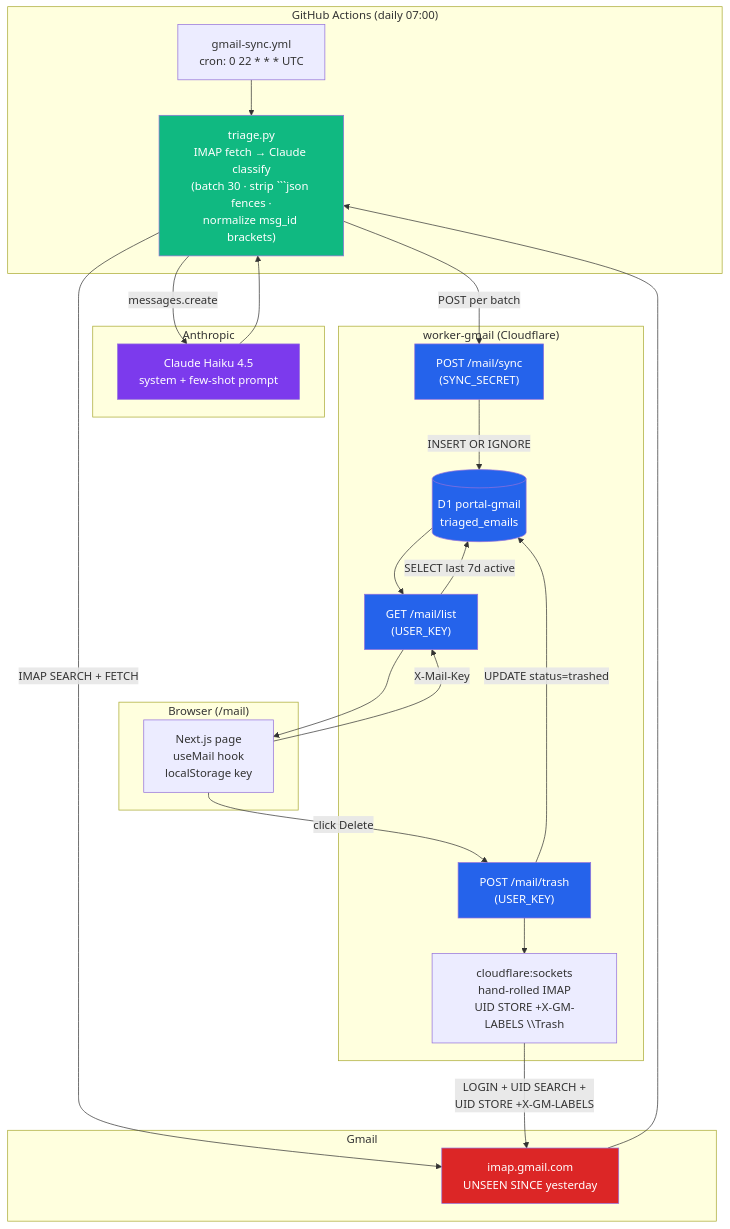
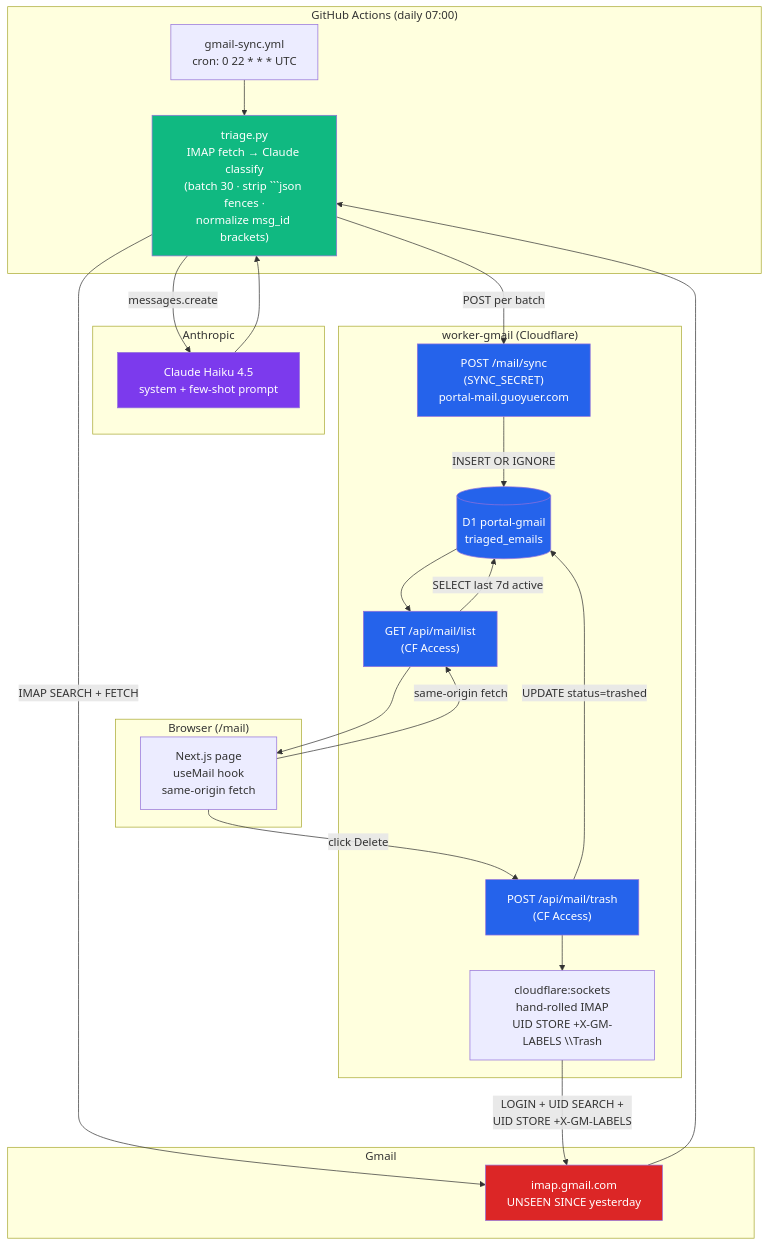
The second of 4 diagrams in README.md (Guoyuer/portal), drawn with Mermaid before and after one commit. The commit also changed other lines of this file and 6 other files, not shown here.

````diff
--- a/README.md
+++ b/README.md
@@ -57,53 +57,53 @@
 ```mermaid
 graph TB
     subgraph "GitHub Actions (daily 07:00)"
         CRON["gmail-sync.yml<br/>cron: 0 22 * * * UTC"]
         PY["triage.py<br/>IMAP fetch → Claude classify<br/>(batch 30 · strip ```json fences ·<br/>normalize msg_id brackets)"]
     end
 
     subgraph "Gmail"
         IMAP["imap.gmail.com<br/>UNSEEN SINCE yesterday"]
     end
 
     subgraph "Anthropic"
         HAIKU["Claude Haiku 4.5<br/>system + few-shot prompt"]
     end
 
     subgraph "worker-gmail (Cloudflare)"
-        WSYNC["POST /mail/sync<br/>(SYNC_SECRET)"]
-        WLIST["GET /mail/list<br/>(USER_KEY)"]
-        WTRASH["POST /mail/trash<br/>(USER_KEY)"]
+        WSYNC["POST /mail/sync<br/>(SYNC_SECRET)<br/>portal-mail.guoyuer.com"]
+        WLIST["GET /api/mail/list<br/>(CF Access)"]
+        WTRASH["POST /api/mail/trash<br/>(CF Access)"]
         D1M[(D1 portal-gmail<br/>triaged_emails)]
         SOCK["cloudflare:sockets<br/>hand-rolled IMAP<br/>UID STORE +X-GM-LABELS \\Trash"]
     end
 
     subgraph "Browser (/mail)"
-        MAIL["Next.js page<br/>useMail hook<br/>localStorage key"]
+        MAIL["Next.js page<br/>useMail hook<br/>same-origin fetch"]
     end
 
     CRON --> PY
     PY -->|IMAP SEARCH + FETCH| IMAP
     IMAP --> PY
     PY -->|messages.create| HAIKU
     HAIKU --> PY
     PY -->|POST per batch| WSYNC
     WSYNC -->|INSERT OR IGNORE| D1M
 
-    MAIL -->|X-Mail-Key| WLIST
+    MAIL -->|same-origin fetch| WLIST
     WLIST -->|SELECT last 7d active| D1M
     D1M --> WLIST
     WLIST --> MAIL
 
     MAIL -->|click Delete| WTRASH
     WTRASH --> SOCK
     SOCK -->|LOGIN + UID SEARCH +<br/>UID STORE +X-GM-LABELS| IMAP
     WTRASH -->|UPDATE status=trashed| D1M
 
     style PY fill:#10b981,color:#fff
     style HAIKU fill:#7c3aed,color:#fff
     style WSYNC fill:#2563eb,color:#fff
     style WLIST fill:#2563eb,color:#fff
     style WTRASH fill:#2563eb,color:#fff
     style D1M fill:#2563eb,color:#fff
     style IMAP fill:#dc2626,color:#fff
 ```
````
